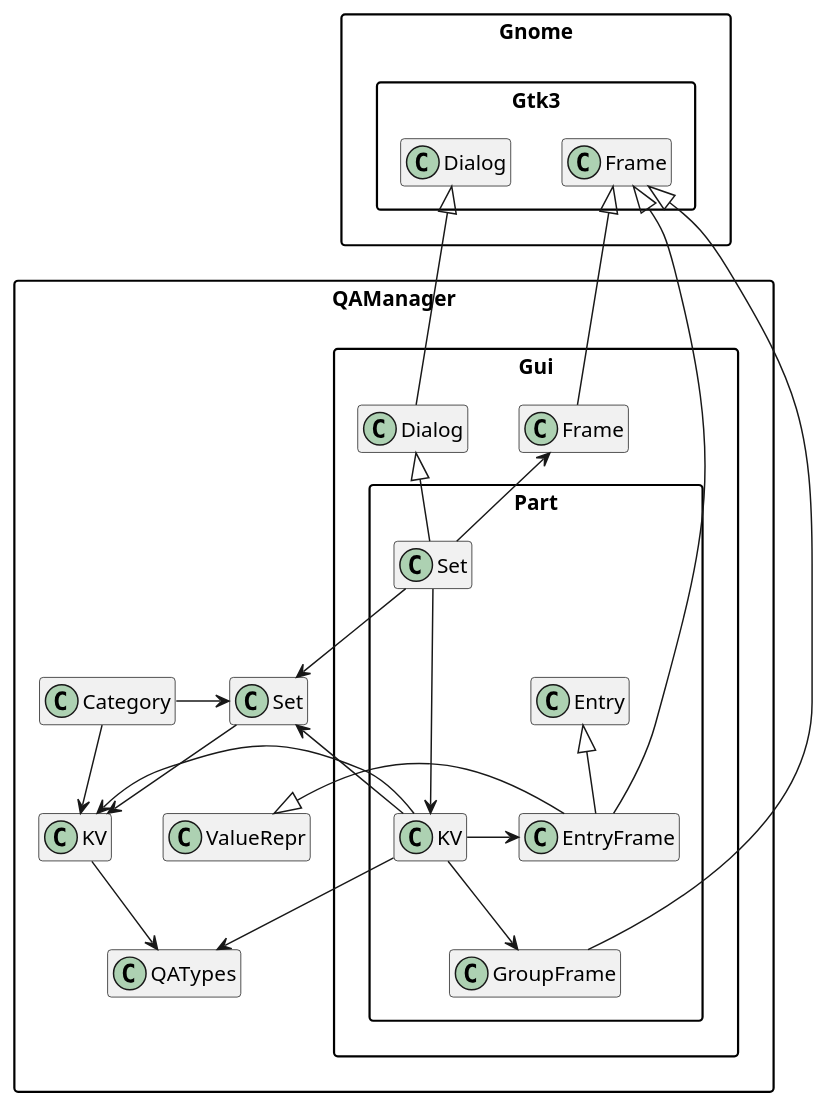
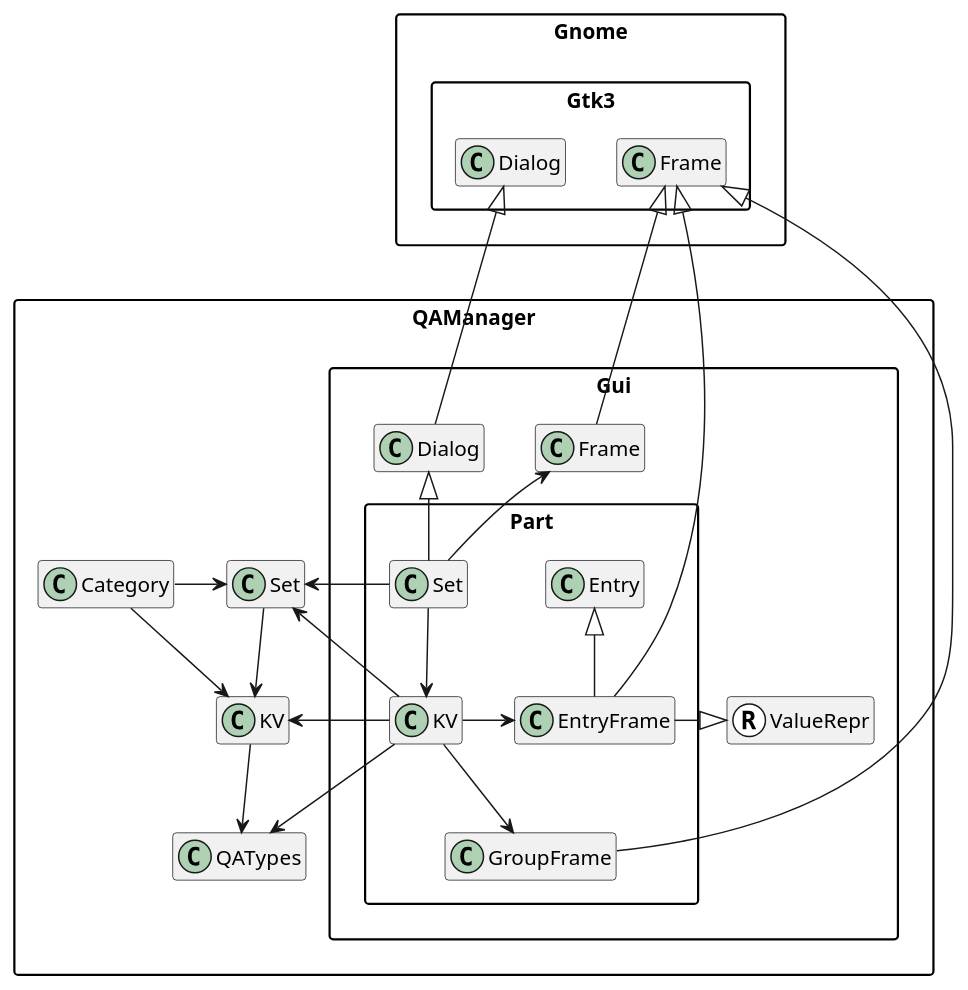
Before and after one commit to MARTIMM/qa-manager: the diagram in doc/plantuml/structure-demodialog.md, drawn with PlantUML. The commit also changed 1 other file, not shown here.

Commit message:
change uml

````diff
--- a/doc/plantuml/structure-demodialog.md
+++ b/doc/plantuml/structure-demodialog.md
@@ -1,39 +1,42 @@
 ```plantuml
 @startuml
 'scale 0.9
 skinparam packageStyle rectangle
 set namespaceSeparator ::
 hide members
 
 'title the set demo dialog
 
 QAManager::Category -> QAManager::Set
 QAManager::Category --> QAManager::KV
 
 QAManager::Set --> QAManager::KV
 
 QAManager::KV --> QAManager::QATypes
 
 Gnome::Gtk3::Dialog <|-- QAManager::Gui::Dialog
 QAManager::Gui::Dialog <|-- QAManager::Gui::Part::Set
 
-QAManager::Gui::Part::Set --> QAManager::Set
-QAManager::Gui::Part::Set ---> QAManager::Gui::Part::KV
+QAManager::Gui::Part::Set -> QAManager::Set
+QAManager::Gui::Part::Set --> QAManager::Gui::Part::KV
 
 QAManager::Gui::Frame <-- QAManager::Gui::Part::Set
 Gnome::Gtk3::Frame <|-- QAManager::Gui::Frame
 
 QAManager::Gui::Part::KV --> QAManager::QATypes
 QAManager::Gui::Part::KV -> QAManager::KV
 QAManager::Set <-- QAManager::Gui::Part::KV
 QAManager::Gui::Part::KV --> QAManager::Gui::Part::GroupFrame
 QAManager::Gui::Part::KV -> QAManager::Gui::Part::EntryFrame
 
-Gnome::Gtk3::Frame <|-- QAManager::Gui::Part::GroupFrame
-Gnome::Gtk3::Frame <|-- QAManager::Gui::Part::EntryFrame
-QAManager::Gui::Part::EntryFrame -|> QAManager::ValueRepr
+Gnome::Gtk3::Frame <|----- QAManager::Gui::Part::GroupFrame
+Gnome::Gtk3::Frame <|----- QAManager::Gui::Part::EntryFrame
+
+class QAManager::Gui::ValueRepr <<(R,White)>>
+'hide <<Role>> circle
+QAManager::Gui::Part::EntryFrame -|> QAManager::Gui::ValueRepr
 
 QAManager::Gui::Part::Entry <|-- QAManager::Gui::Part::EntryFrame
 
 @enduml
 ```
````
